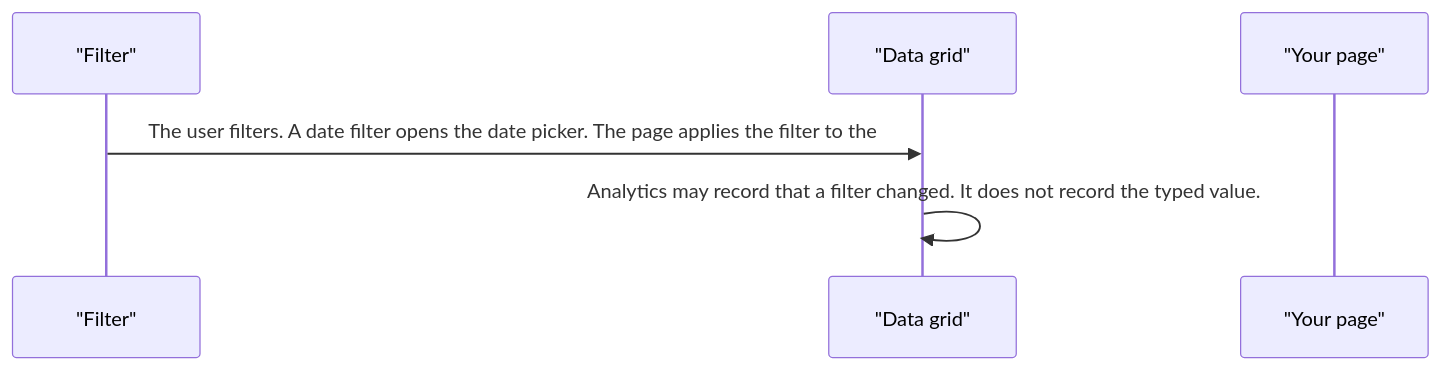
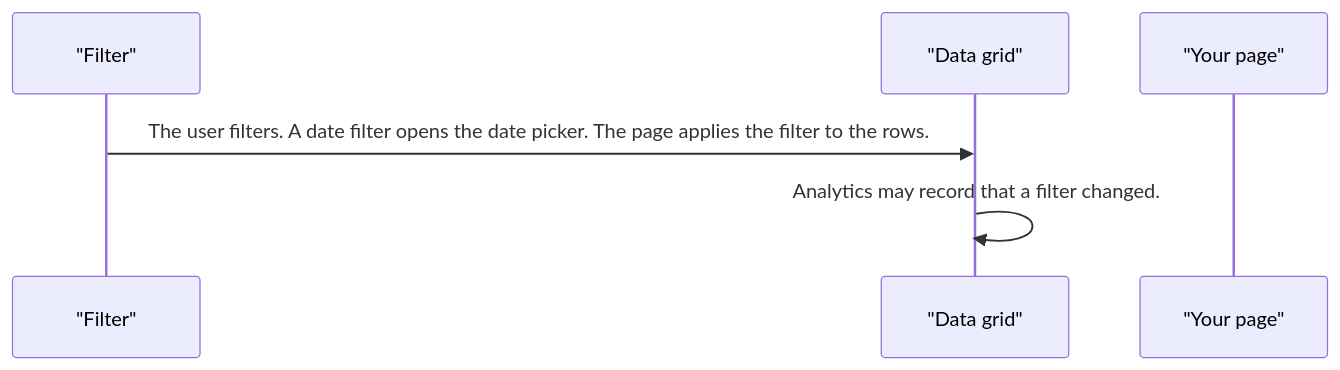
The third of 6 diagrams in projects/pixel-ui/src/lib/pixel-data-grid/DESIGN.md (RajshekharBorate/pixel-ui), drawn with Mermaid before and after one commit. The commit also changed other lines of this file and 80 other files, not shown here.

Commit message:
Fill missing design flows and correct the stories that did not match component behavior.

````diff
--- a/projects/pixel-ui/src/lib/pixel-data-grid/DESIGN.md
+++ b/projects/pixel-ui/src/lib/pixel-data-grid/DESIGN.md
@@ -74,8 +82,8 @@
 ```mermaid
 sequenceDiagram
   participant filter as "Filter"
   participant grid as "Data grid"
   participant page as "Your page"
-  filter->>grid: The user filters. A date filter opens the date picker. The page applies the filter to the 
-  grid->>grid: Analytics may record that a filter changed. It does not record the typed value.
+  filter->>grid: The user filters. A date filter opens the date picker. The page applies the filter to the rows.
+  grid->>grid: Analytics may record that a filter changed.
 ```
````
